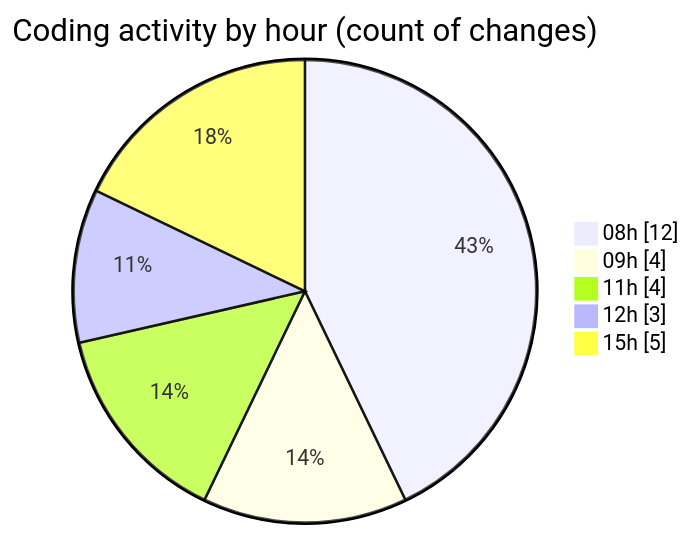
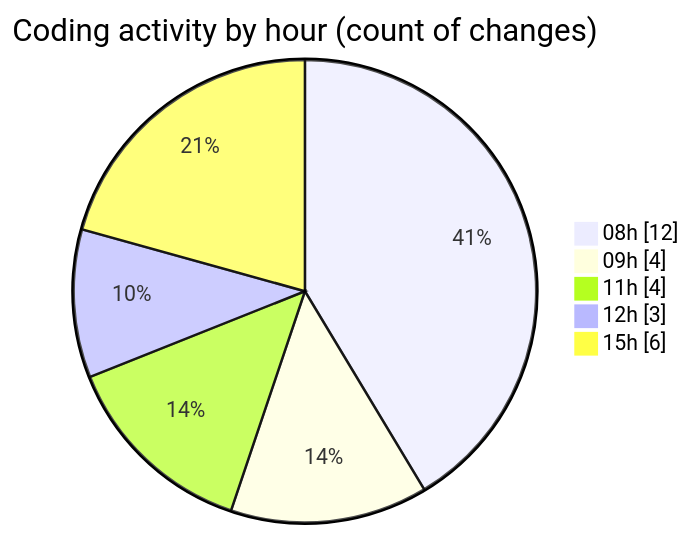
The second of 2 diagrams in 2026-02-26/cilapp/README.md (ricardozamudiocil/code-tracking), drawn with Mermaid before and after one commit. The commit also changed other lines of this file and 1 other file, not shown here.

````diff
--- a/2026-02-26/cilapp/README.md
+++ b/2026-02-26/cilapp/README.md
@@ -34,9 +34,9 @@
 ```mermaid
 pie showData
 title Coding activity by hour (count of changes)
 "08h" : 12
 "09h" : 4
 "11h" : 4
 "12h" : 3
-"15h" : 5
+"15h" : 6
 ```
````
